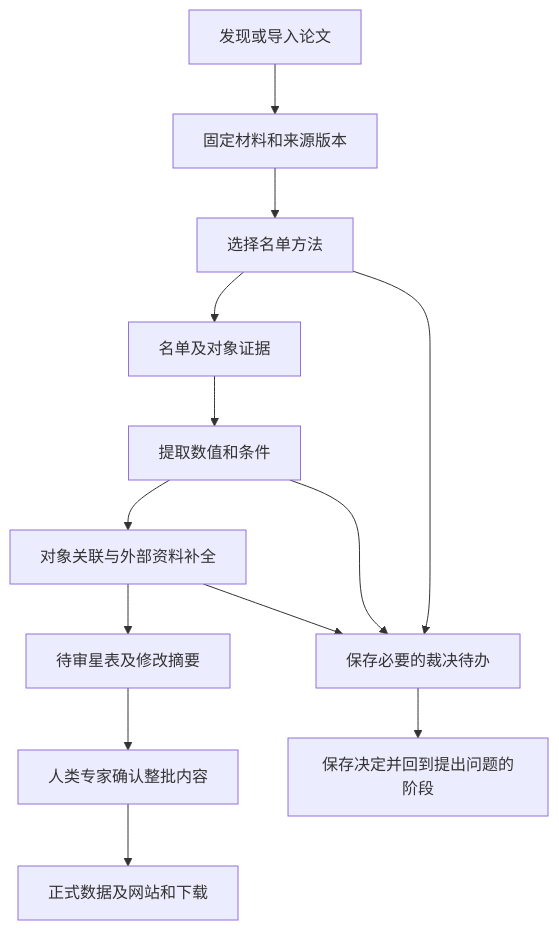
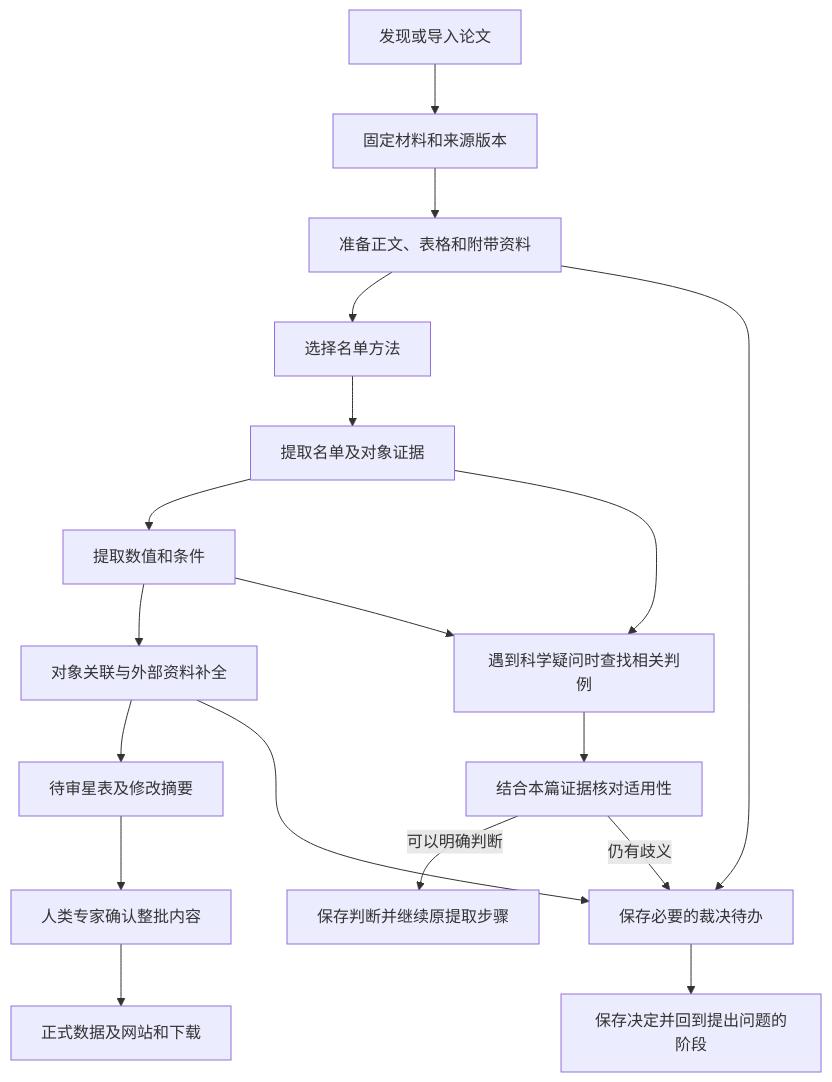
The diagram in docs/design.md (zhang2023-byte/hvs-catalog), drawn with Mermaid before and after one commit. The commit also changed other lines of this file and 8 other files, not shown here.

````diff
--- a/docs/design.md
+++ b/docs/design.md
@@ -36,15 +97,20 @@
 ```mermaid
 flowchart TD
     A[发现或导入论文] --> B[固定材料和来源版本]
-    B --> C[选择名单方法]
-    C --> D[名单及对象证据]
+    B --> P[准备正文、表格和附带资料]
+    P --> C[选择名单方法]
+    C --> D[提取名单及对象证据]
     D --> E[提取数值和条件]
     E --> F[对象关联与外部资料补全]
     F --> G[待审星表及修改摘要]
     G --> H[人类专家确认整批内容]
     H --> I[正式数据及网站和下载]
-    C --> J[保存必要的裁决待办]
-    E --> J
+    P --> J[保存必要的裁决待办]
+    D --> L[遇到科学疑问时查找相关判例]
+    E --> L
+    L --> M[结合本篇证据核对适用性]
+    M -->|可以明确判断| N[保存判断并继续原提取步骤]
+    M -->|仍有歧义| J
     F --> J
     J --> K[保存决定并回到提出问题的阶段]
 ```
````
